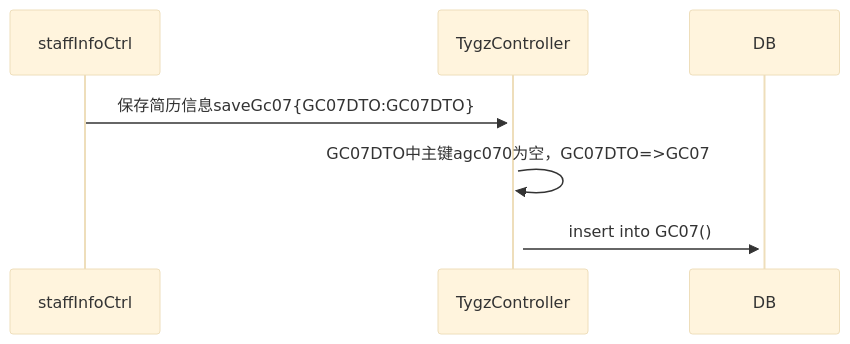
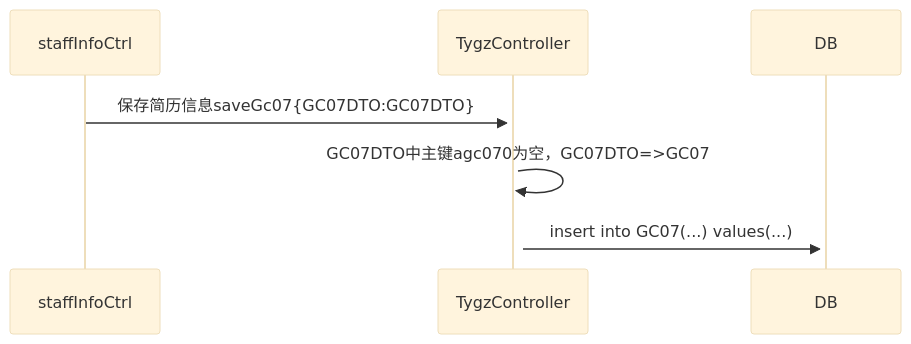
The diagram in all/未命名.md (ZhangJianBeiJing/iodraw-files), drawn with Mermaid (base theme) before and after one commit.

Commit message:
2025-03-25 17:08:21 update

````diff
--- a/all/未命名.md
+++ b/all/未命名.md
@@ -1,8 +1,9 @@
 ```mermaid
 sequenceDiagram
     staffInfoCtrl->>+TygzController:保存简历信息saveGc07{GC07DTO:GC07DTO}
     TygzController->>+TygzController:GC07DTO中主键agc070为空，GC07DTO=>GC07
-    TygzController->>+DB:insert into GC07() 
+    TygzController->>+DB:insert into GC07(...) values(...)
+    
 
             
 ```
````
